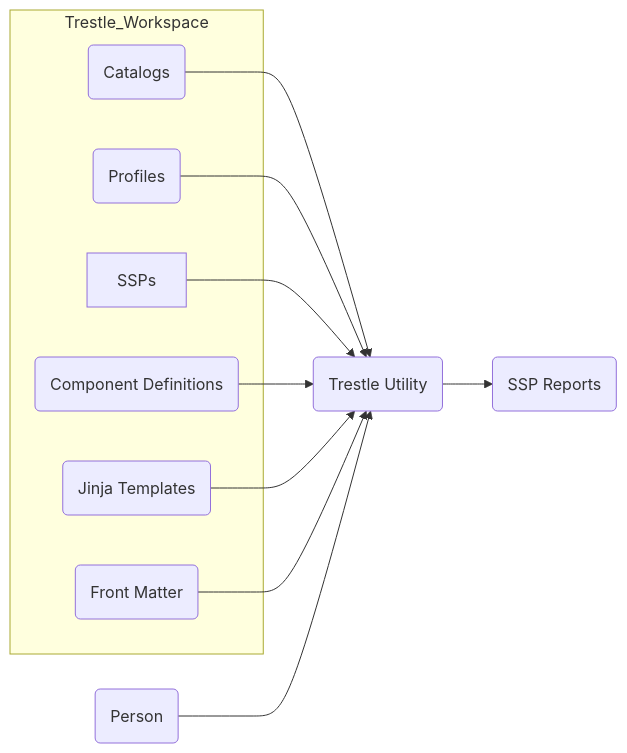
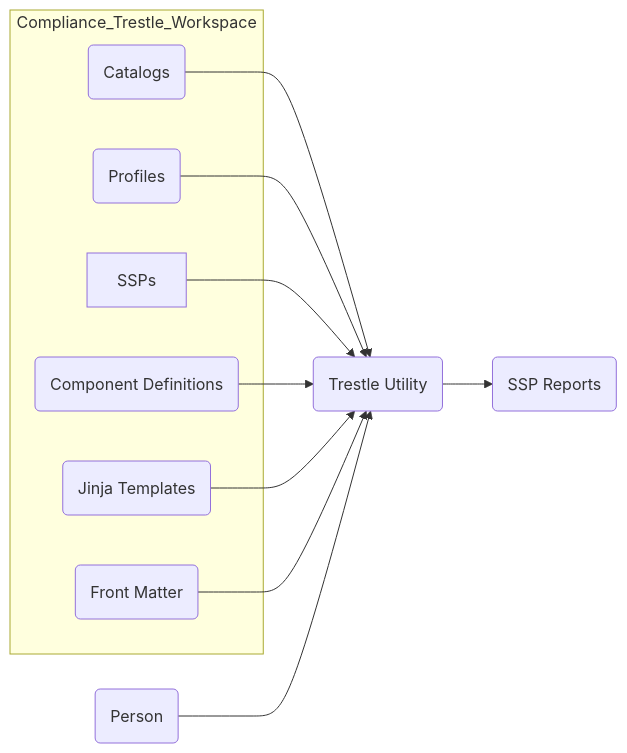
The second of 2 diagrams in docs/componenet-diagrams.md (RedHatProductSecurity/trestle-demo), drawn with Mermaid before and after one commit. The commit also changed other lines of this file and 2 other files, not shown here.

Commit message:
updated diagrams

````diff
--- a/docs/componenet-diagrams.md
+++ b/docs/componenet-diagrams.md
@@ -53,23 +59,23 @@
 ```mermaid
 graph LR
-    subgraph Trestle_Workspace
+    subgraph Compliance_Trestle_Workspace
         Catalogs(Catalogs)
         Profiles(Profiles)
         Component_Definitions(Component Definitions)
         SSPs
         Jinja_Templates(Jinja Templates)
         Front_Matter(Front Matter)
     end
     Trestle_Utility(Trestle Utility)
     SSP_Reports(SSP Reports)
     Person(Person)
     
     Catalogs --> Trestle_Utility
     Profiles --> Trestle_Utility
     SSPs --> Trestle_Utility
     Component_Definitions --> Trestle_Utility
     Jinja_Templates --> Trestle_Utility
     Front_Matter --> Trestle_Utility
     Person --> Trestle_Utility
     Trestle_Utility --> SSP_Reports
 ```
````
